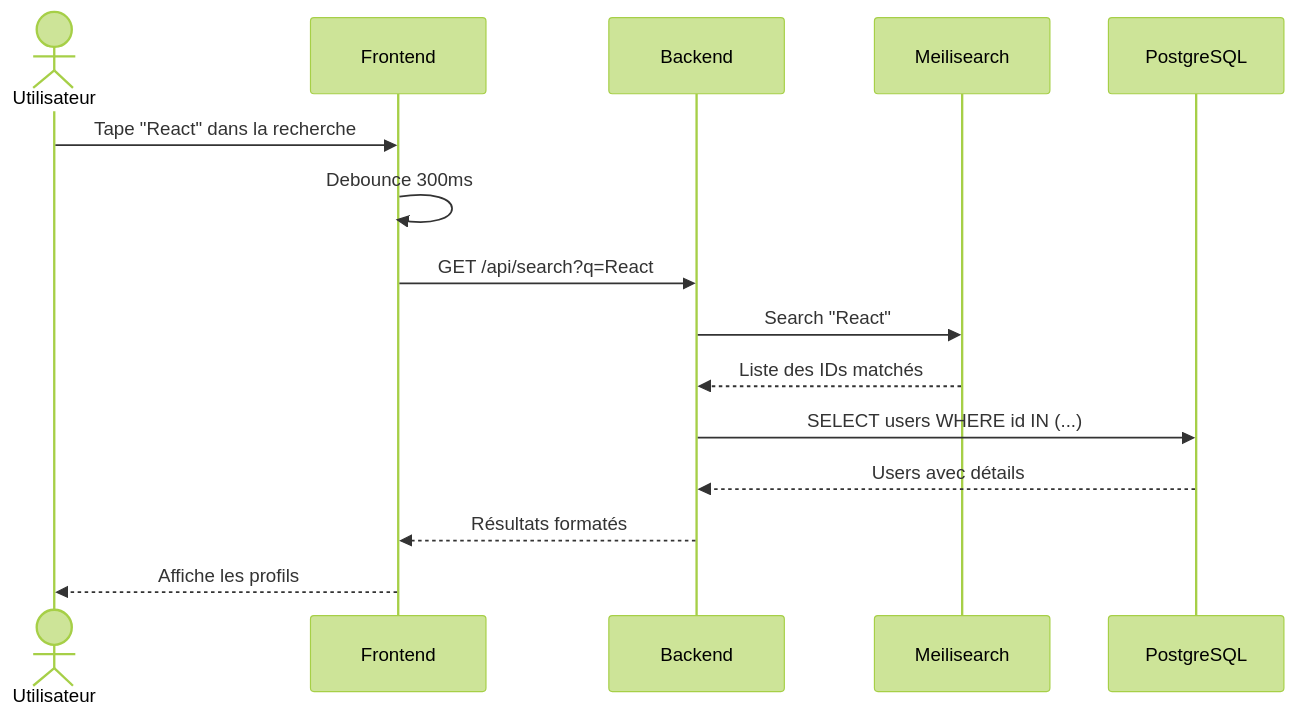
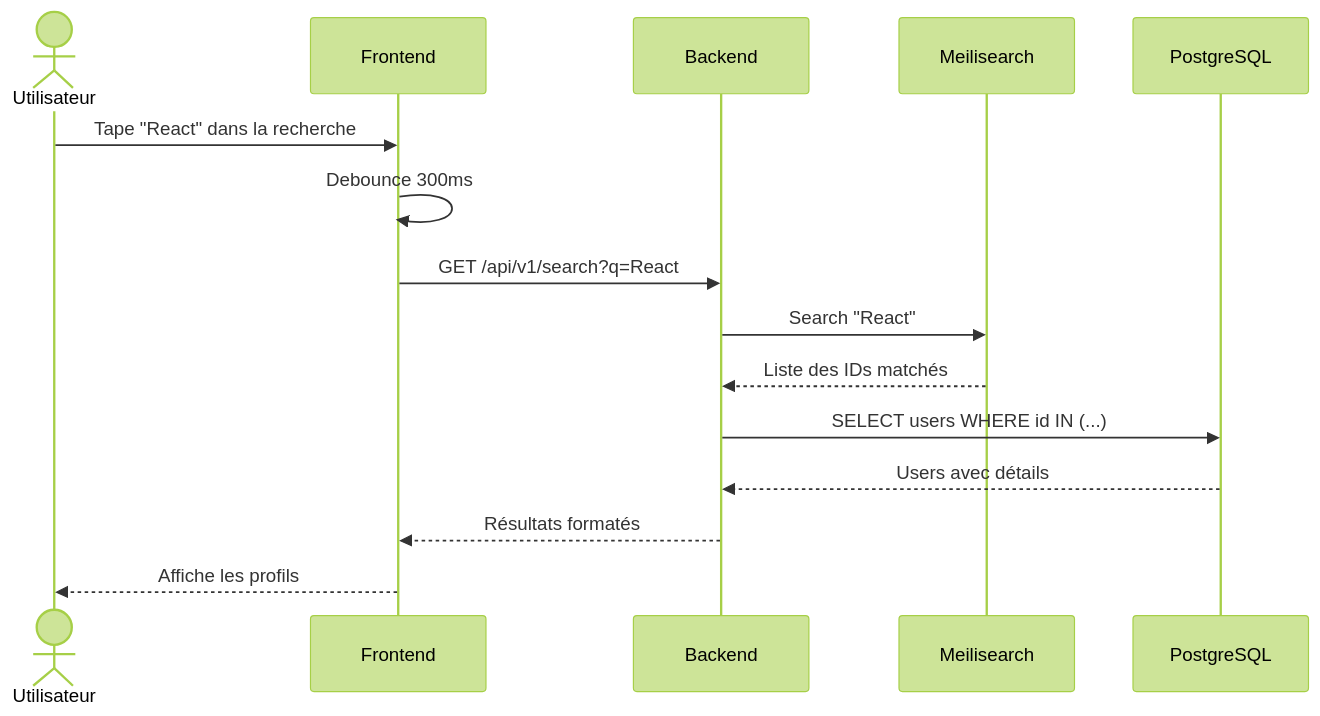
The fourth of 4 diagrams in docs/documentation-implementation/arc42/03-context/index.md (Sojeremy/documentation-skillswap), drawn with Mermaid (forest theme) before and after one commit. The commit also changed other lines of this file and 5 other files, not shown here.

First line of the commit message:
docs(arc42): aligner les Mermaid sur le préfixe /api/v1/ et le chemin /profiles (axe 3 / commit 1)

````diff
--- a/docs/documentation-implementation/arc42/03-context/index.md
+++ b/docs/documentation-implementation/arc42/03-context/index.md
@@ -108,18 +108,18 @@
 ```mermaid
 sequenceDiagram
     actor U as Utilisateur
     participant F as Frontend
     participant B as Backend
     participant MS as Meilisearch
     participant DB as PostgreSQL
 
     U->>F: Tape "React" dans la recherche
     F->>F: Debounce 300ms
-    F->>B: GET /api/search?q=React
+    F->>B: GET /api/v1/search?q=React
     B->>MS: Search "React"
     MS-->>B: Liste des IDs matchés
     B->>DB: SELECT users WHERE id IN (...)
     DB-->>B: Users avec détails
     B-->>F: Résultats formatés
     F-->>U: Affiche les profils
 ```
````
